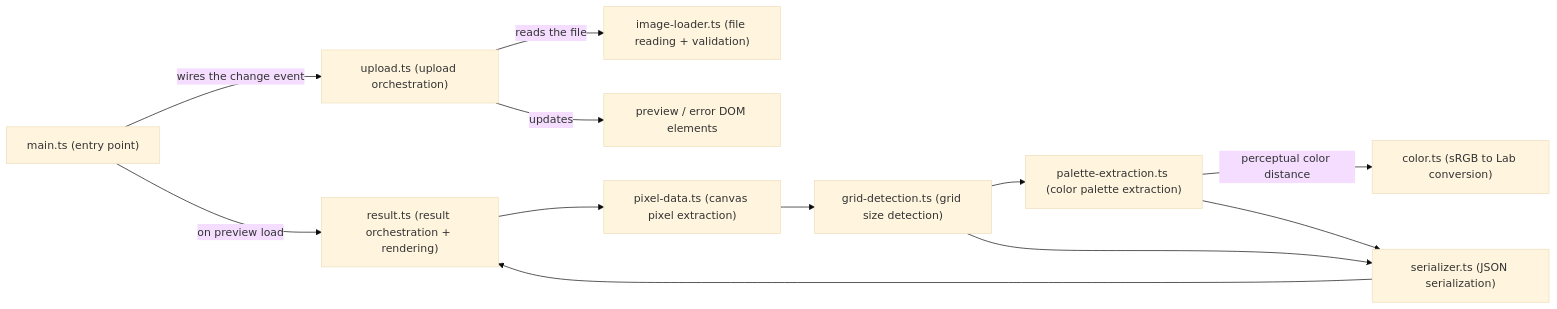
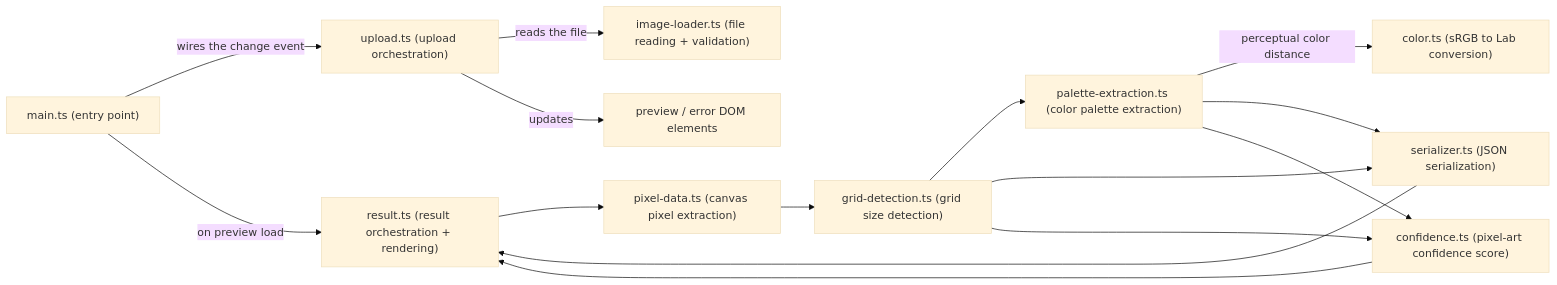
One commit to neolao/pixel-art-serializer changed the diagram in docs/architecture.md. Above: the diagram before and after it, drawn with Mermaid (base theme). The commit also changed other lines of this file and 21 other files, not shown here.

First line of the commit message:
feat: show a confidence verdict on whether the image looks like pixel art

````diff
--- a/docs/architecture.md
+++ b/docs/architecture.md
@@ -7,14 +7,17 @@
 ```mermaid
 flowchart LR
     main["main.ts (entry point)"] -->|wires the change event| upload["upload.ts (upload orchestration)"]
     upload -->|reads the file| loader["image-loader.ts (file reading + validation)"]
     upload -->|updates| dom["preview / error DOM elements"]
     main -->|on preview load| result["result.ts (result orchestration + rendering)"]
     result --> pixeldata["pixel-data.ts (canvas pixel extraction)"]
     pixeldata --> griddetect["grid-detection.ts (grid size detection)"]
     griddetect --> palette["palette-extraction.ts (color palette extraction)"]
     palette -->|perceptual color distance| color["color.ts (sRGB to Lab conversion)"]
     griddetect --> serializer["serializer.ts (JSON serialization)"]
     palette --> serializer
     serializer --> result
+    griddetect --> confidence["confidence.ts (pixel-art confidence score)"]
+    palette --> confidence
+    confidence --> result
 ```
````
